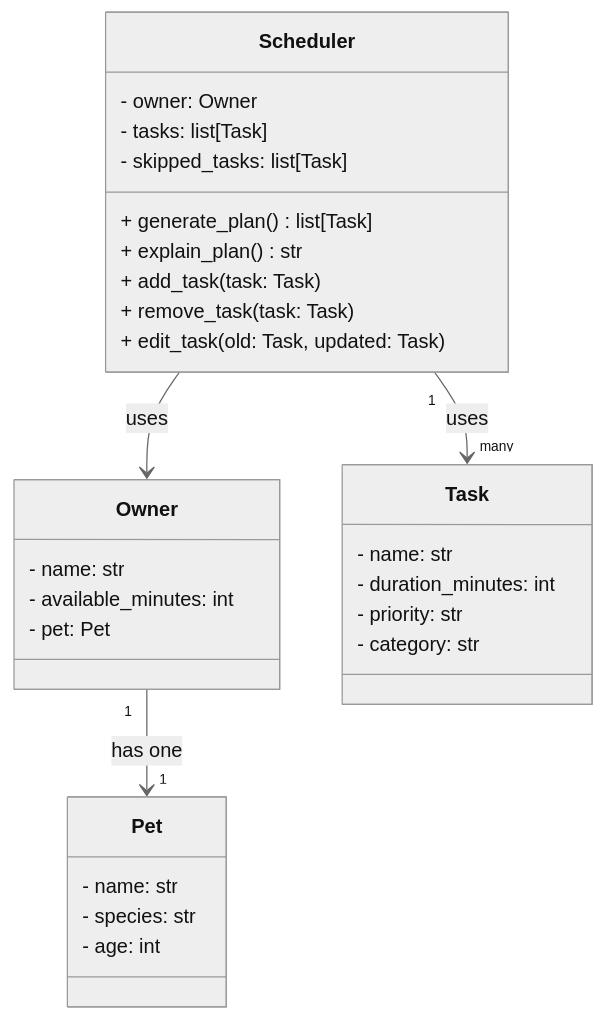
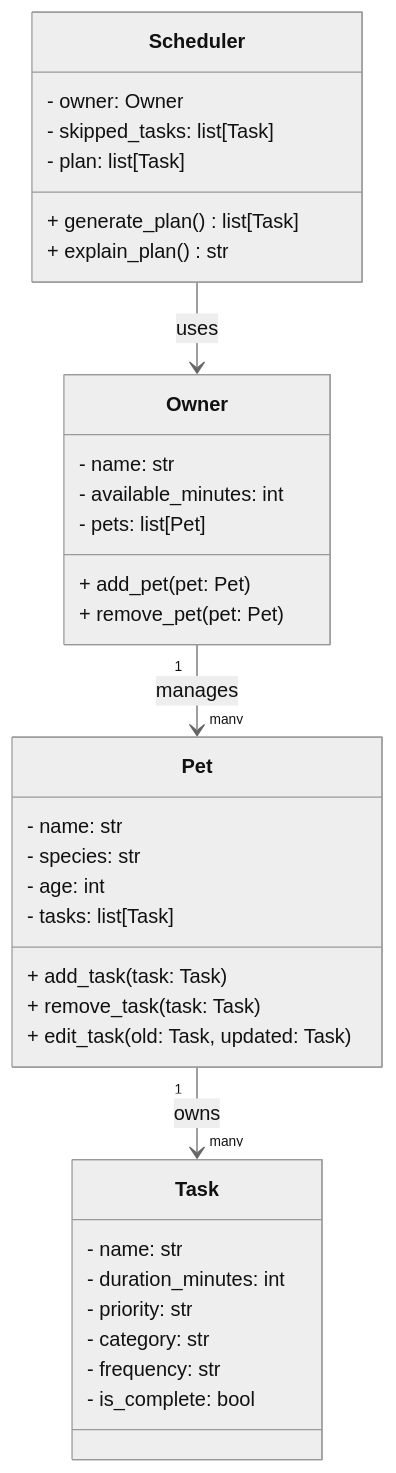
One commit to malhiya/ai110-module2show-pawpal-starter changed the diagram in pawpal_design.md. Above: the diagram before and after it, drawn with Mermaid (neutral theme). The commit also changed other lines of this file and 1 other file, not shown here.

Commit message:
finalized chore: add class skeletons from UML

````diff
--- a/pawpal_design.md
+++ b/pawpal_design.md
@@ -5,36 +5,41 @@
 ```mermaid
 classDiagram
+    class Task {
+        - name: str
+        - duration_minutes: int
+        - priority: str
+        - category: str
+        - frequency: str
+        - is_complete: bool
+    }
+
     class Pet {
         - name: str
         - species: str
         - age: int
+        - tasks: list[Task]
+        + add_task(task: Task)
+        + remove_task(task: Task)
+        + edit_task(old: Task, updated: Task)
     }
 
     class Owner {
         - name: str
         - available_minutes: int
-        - pet: Pet
-    }
-
-    class Task {
-        - name: str
-        - duration_minutes: int
-        - priority: str
-        - category: str
+        - pets: list[Pet]
+        + add_pet(pet: Pet)
+        + remove_pet(pet: Pet)
     }
 
     class Scheduler {
         - owner: Owner
-        - tasks: list[Task]
         - skipped_tasks: list[Task]
+        - plan: list[Task]
         + generate_plan() list[Task]
         + explain_plan() str
-        + add_task(task: Task)
-        + remove_task(task: Task)
-        + edit_task(old: Task, updated: Task)
     }
 
-    Owner "1" --> "1" Pet : has one
+    Owner "1" --> "many" Pet : manages
+    Pet "1" --> "many" Task : owns
     Scheduler --> Owner : uses
-    Scheduler "1" --> "many" Task : uses
 ```
````
